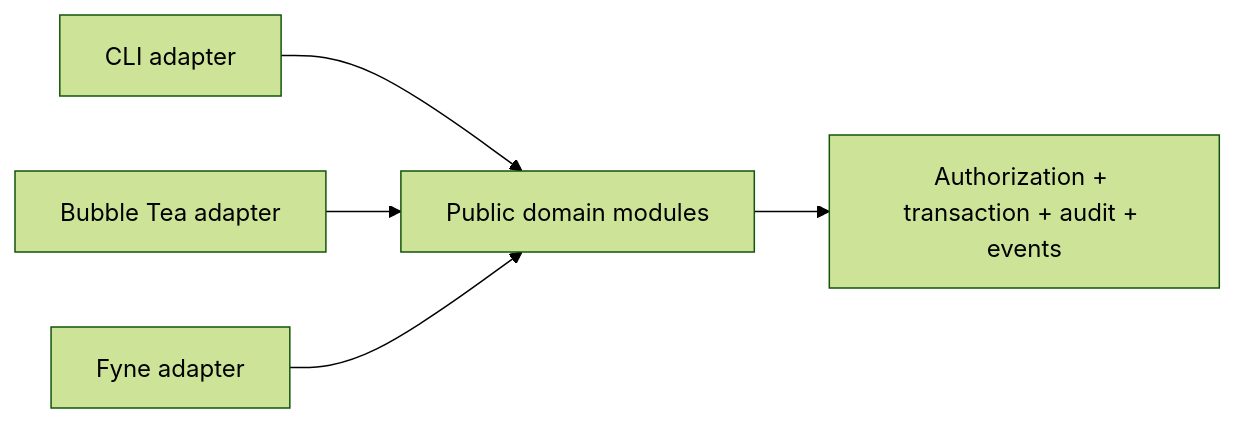
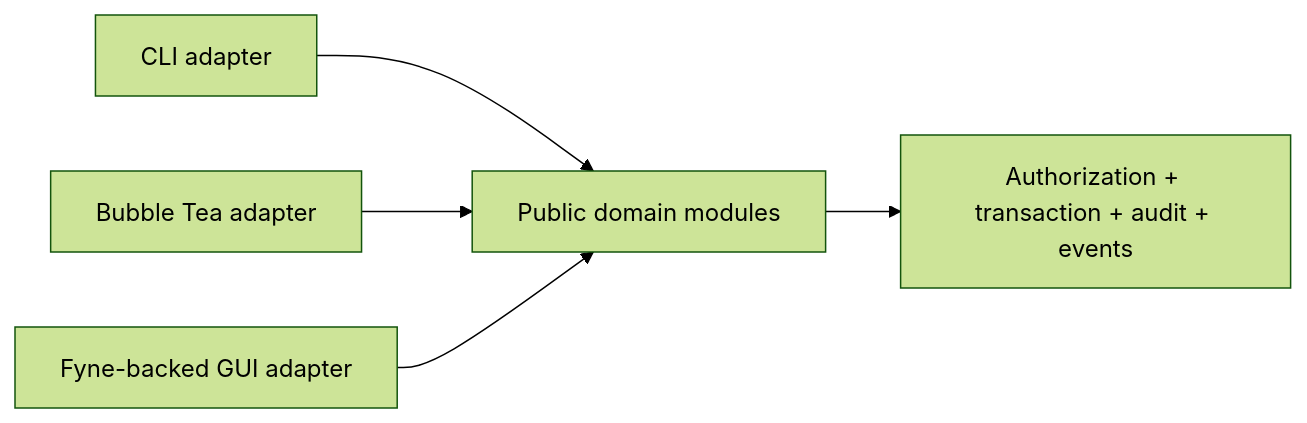
Before and after one commit to TheFellow/TheFellow.github.io: the diagram in _guides/growing-mixology-with-fyne.md, drawn with Mermaid (forest theme). The commit also changed other lines of this file and 7 other files, not shown here.

````diff
--- a/_guides/growing-mixology-with-fyne.md
+++ b/_guides/growing-mixology-with-fyne.md
@@ -47,7 +47,7 @@
 ```mermaid
 flowchart LR
     CLI[CLI adapter] --> API[Public domain modules]
     TUI[Bubble Tea adapter] --> API
-    Fyne[Fyne adapter] --> API
+    GUI[Fyne-backed GUI adapter] --> API
     API --> Pipeline[Authorization + transaction + audit + events]
 ```
````
